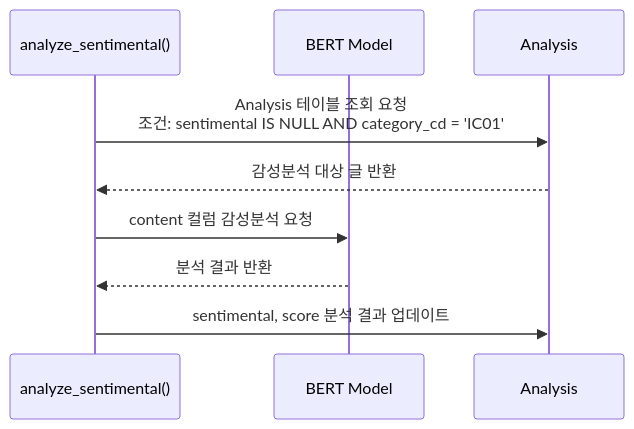
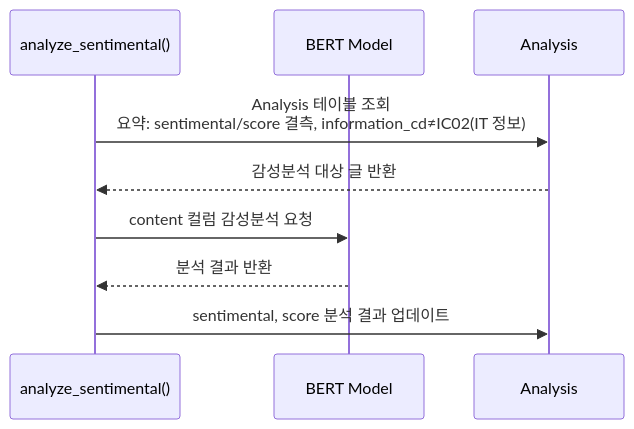
One commit to SKN-27th-FitLog/SK-Connect changed the second of 4 diagrams in ai/post_analysis/docs/design.md. Above: the diagram before and after it, drawn with Mermaid. The commit also changed other lines of this file and 6 other files, not shown here.

Commit message:
[feature-post-analysis][김경수] 코드테이블 변경사항에 맞춰서 분석 테이블 처리도 같이 수정

````diff
--- a/ai/post_analysis/docs/design.md
+++ b/ai/post_analysis/docs/design.md
@@ -48,14 +50,14 @@
 ```mermaid
  sequenceDiagram
     participant Func as analyze_sentimental()
     participant BERT as BERT Model
     participant DB as Analysis
 
-    Func->>DB: Analysis 테이블 조회 요청<br/>조건: sentimental IS NULL AND category_cd = 'IC01'
+    Func->>DB: Analysis 테이블 조회<br/>요약: sentimental/score 결측, information_cd≠IC02(IT 정보)
     DB-->>Func: 감성분석 대상 글 반환
 
     Func->>BERT: content 컬럼 감성분석 요청
     BERT-->>Func: 분석 결과 반환
 
     Func->>DB: sentimental, score 분석 결과 업데이트 
 ```
````
